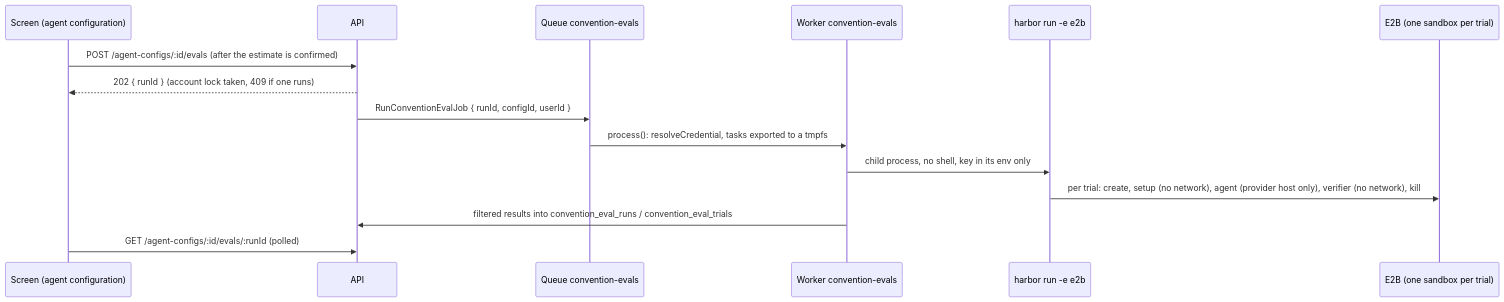
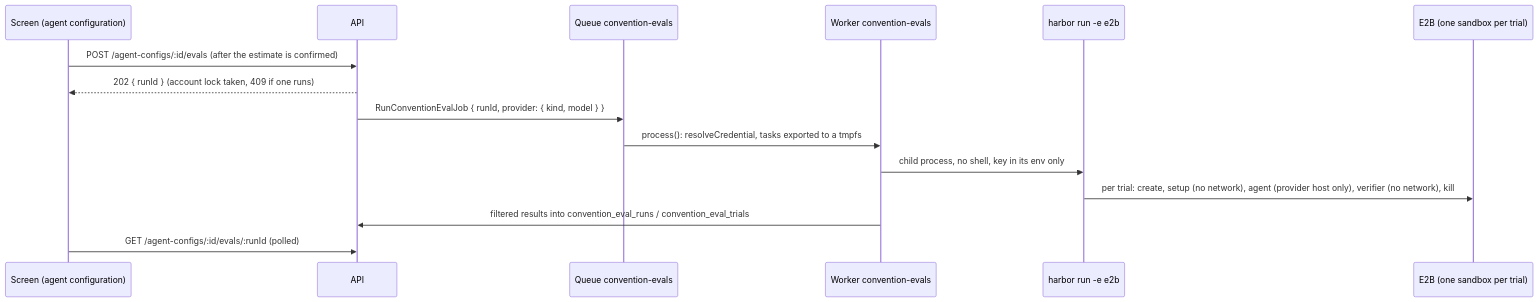
One commit to Eldenn/coreloom-uml changed the diagram in packages/catalog/evals/decision-record.md. Above: the diagram before and after it, drawn with Mermaid. The commit also changed other lines of this file, not shown here.

````diff
--- a/packages/catalog/evals/decision-record.md
+++ b/packages/catalog/evals/decision-record.md
@@ -71,17 +71,17 @@
 ```mermaid
 sequenceDiagram
   participant W as Screen (agent configuration)
   participant A as API
   participant Q as Queue convention-evals
   participant R as Worker convention-evals
   participant H as harbor run -e e2b
   participant E as E2B (one sandbox per trial)
   W->>A: POST /agent-configs/:id/evals (after the estimate is confirmed)
   A-->>W: 202 { runId } (account lock taken, 409 if one runs)
-  A->>Q: RunConventionEvalJob { runId, configId, userId }
+  A->>Q: RunConventionEvalJob { runId, provider: { kind, model } }
   Q->>R: process(): resolveCredential, tasks exported to a tmpfs
   R->>H: child process, no shell, key in its env only
   H->>E: per trial: create, setup (no network), agent (provider host only), verifier (no network), kill
   R->>A: filtered results into convention_eval_runs / convention_eval_trials
   W->>A: GET /agent-configs/:id/evals/:runId (polled)
 ```
````
